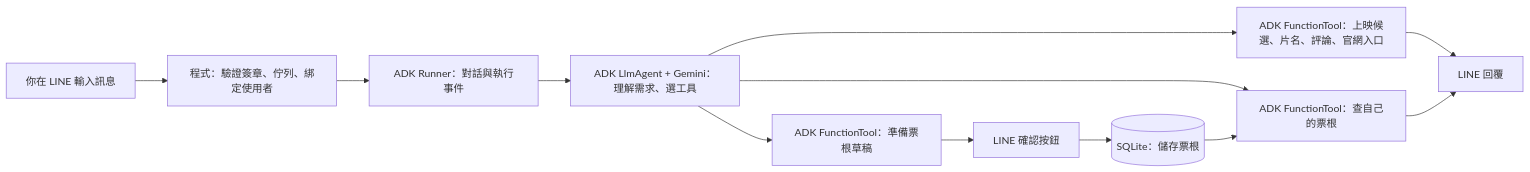
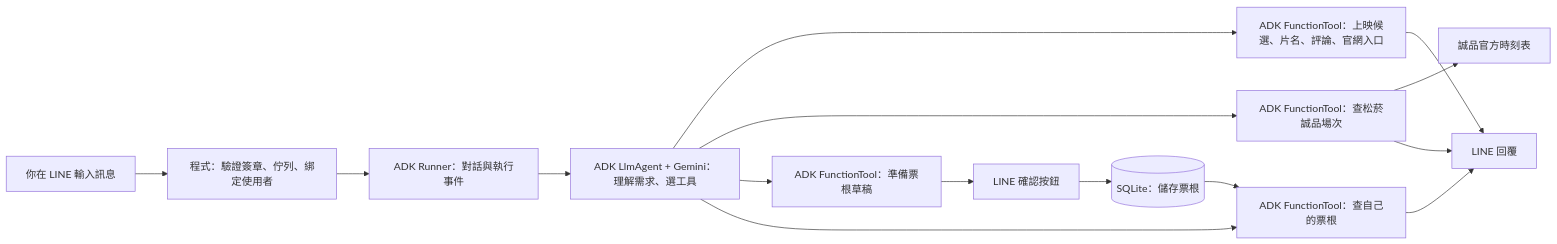
The diagram in README.md (zonawang/movie-companion-bot-01), drawn with Mermaid before and after one commit. The commit also changed other lines of this file and 13 other files, not shown here.

Commit message:
feat: query Eslite Songyan schedules with ADK cinema tool

````diff
--- a/README.md
+++ b/README.md
@@ -9,14 +9,17 @@
 ```mermaid
 flowchart LR
   User[你在 LINE 輸入訊息] --> Webhook[程式：驗證簽章、佇列、綁定使用者]
   Webhook --> Runner[ADK Runner：對話與執行事件]
   Runner --> Agent[ADK LlmAgent + Gemini：理解需求、選工具]
   Agent --> Movies[ADK FunctionTool：上映候選、片名、評論、官網入口]
+  Agent --> Cinema[ADK FunctionTool：查松菸誠品場次]
+  Cinema --> Eslite[誠品官方時刻表]
+  Cinema --> Reply
   Agent --> Draft[ADK FunctionTool：準備票根草稿]
   Agent --> Recall[ADK FunctionTool：查自己的票根]
   Movies --> Reply[LINE 回覆]
   Draft --> Confirm[LINE 確認按鈕]
   Confirm --> DB[(SQLite：儲存票根)]
   DB --> Recall
   Recall --> Reply
 ```
````
